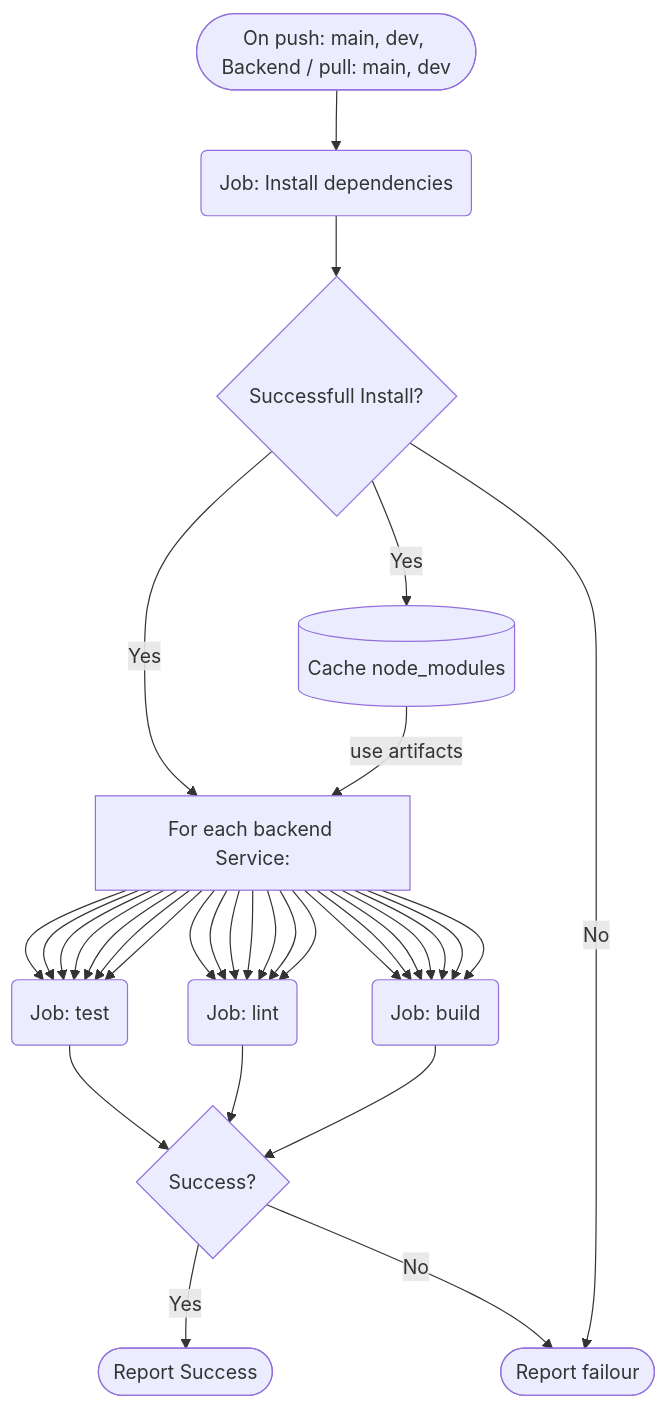
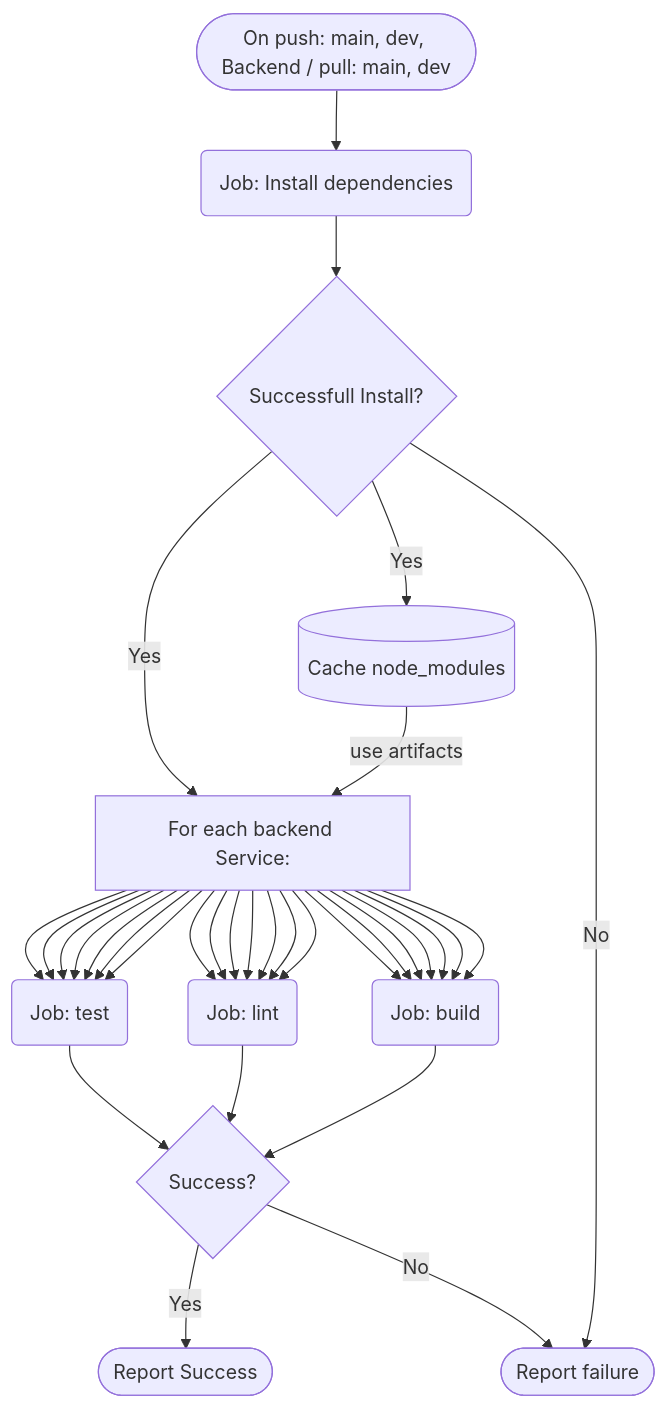
One commit to COS301-SE-2026/Tyto-PhishShield changed the first of 5 diagrams in docs/SRS/Software-Architecture-Specification.md. Above: the diagram before and after it, drawn with Mermaid. The commit also changed other lines of this file, not shown here.

````diff
--- a/docs/SRS/Software-Architecture-Specification.md
+++ b/docs/SRS/Software-Architecture-Specification.md
@@ -111,35 +111,35 @@
 ```mermaid
 flowchart TD
     A([On push: main, dev, Backend / pull: main, dev]) --> B(Job: Install dependencies)
     B -->C{Successfull Install?}
 	C --> |Yes| K[(Cache node_modules)]
 	K --> |use artifacts| D
     C -->|Yes| D[For each backend Service:]
-    C -->|No| E([Report failour])
+    C -->|No| E([Report failure])
     D --> F(Job: build)
     D --> G(Job: lint)
     D --> H(Job: test)
 	D --> F
 	D --> G
 	D --> H
 	D --> F
 	D --> G
 	D --> H
 	D --> F
 	D --> G
 	D --> H
 	D --> F
 	D --> G
 	D --> H
 	D --> F
 	D --> G
 	D --> H
 	D --> F
 	D --> G
 	D --> H
     F --> I{Success?}
     G --> I
     H --> I
     I --> |Yes| J([Report Success])
     I --> |No| E
 ```
````
